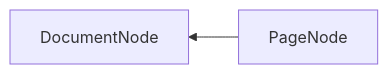
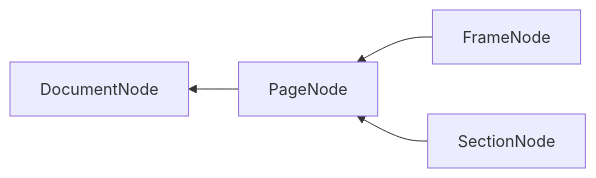
One commit to chimera-skeleton/scoheart-nextra-blog changed the second of 2 diagrams in pages/workings/Figma插件/dom结构.md. Above: the diagram before and after it, drawn with Mermaid. The commit also changed other lines of this file and 2 other files, not shown here.

````diff
--- a/pages/workings/Figma插件/dom结构.md
+++ b/pages/workings/Figma插件/dom结构.md
@@ -31,4 +32,6 @@
-```mermaid   
+```mermaid
 graph RL;
     PageNode --> DocumentNode
+    FrameNode --> PageNode
+    SectionNode --> PageNode
 ```
````
